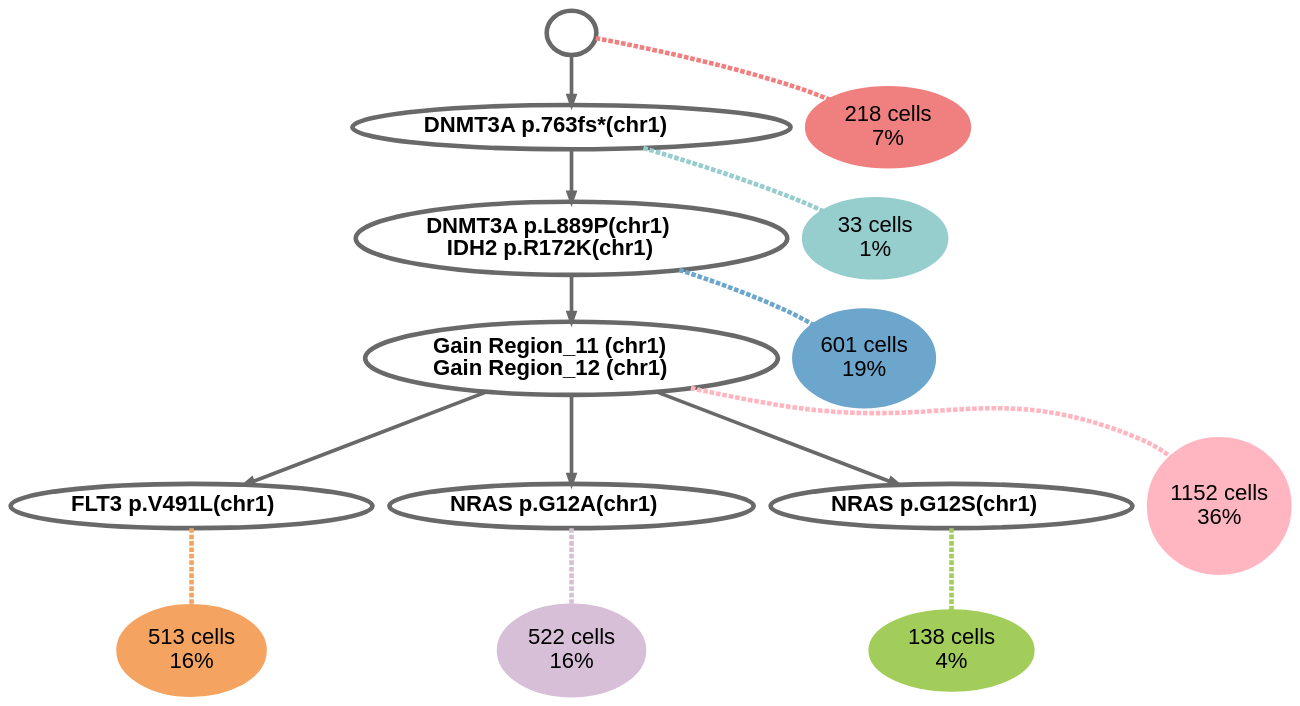
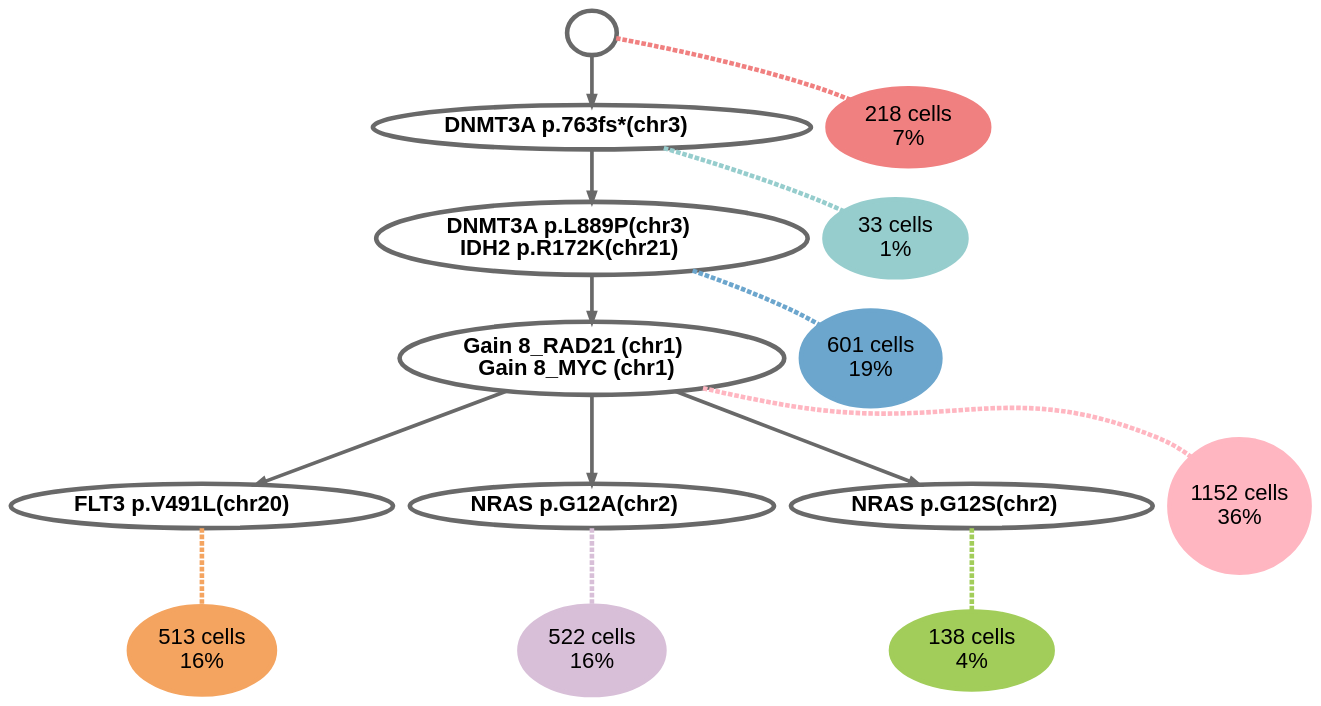
The diagram in results/compass_output/AML-83-002/AML-83-002_c18_l600_tree.gv (pawlakG/ScIGMA), drawn with Graphviz before and after one commit. The commit also changed 144 other files, not shown here.

Commit message:
Fix chromosome label. Still bug on loss and gain chromosome anotation

```diff
--- a/results/compass_output/AML-83-002/AML-83-002_c18_l600_tree.gv
+++ b/results/compass_output/AML-83-002/AML-83-002_c18_l600_tree.gv
@@ -1,30 +1,30 @@
 digraph G{
 node [color=dimgray fontsize=24 fontcolor=black fontname=Helvetica penwidth=5];
 3 -> 1 [color=dimgray penwidth=4 weight=2];
 6 -> 2 [color=dimgray penwidth=4 weight=2];
 0 -> 3 [color=dimgray penwidth=4 weight=2];
 6 -> 4 [color=dimgray penwidth=4 weight=2];
 6 -> 5 [color=dimgray penwidth=4 weight=2];
 1 -> 6 [color=dimgray penwidth=4 weight=2];
 0[label=< >];
-1[label=<<B>DNMT3A p.L889P(chr1)</B><br/><B>IDH2 p.R172K(chr1)</B><br/>>];
-2[label=<<B>FLT3 p.V491L(chr1)</B><br/>>];
-3[label=<<B>DNMT3A p.763fs*(chr1)</B><br/>>];
-4[label=<<B>NRAS p.G12A(chr1)</B><br/>>];
-5[label=<<B>NRAS p.G12S(chr1)</B><br/>>];
-6[label=<<B>Gain Region_11 (chr1)</B><br/><B>Gain Region_12 (chr1)</B><br/>>];
+1[label=<<B>DNMT3A p.L889P(chr3)</B><br/><B>IDH2 p.R172K(chr21)</B><br/>>];
+2[label=<<B>FLT3 p.V491L(chr20)</B><br/>>];
+3[label=<<B>DNMT3A p.763fs*(chr3)</B><br/>>];
+4[label=<<B>NRAS p.G12A(chr2)</B><br/>>];
+5[label=<<B>NRAS p.G12S(chr2)</B><br/>>];
+6[label=<<B>Gain 8_RAD21 (chr1)</B><br/><B>Gain 8_MYC (chr1)</B><br/>>];
 0 -> 7 [dir=none style=dashed weight=1 penwidth=5 color=lightcoral];
 1 -> 8 [dir=none style=dashed weight=1 penwidth=5 color=skyblue3];
 2 -> 9 [dir=none style=dashed weight=1 penwidth=5 color=sandybrown];
 3 -> 10 [dir=none style=dashed weight=1 penwidth=5 color=paleturquoise3];
 4 -> 11 [dir=none style=dashed weight=1 penwidth=5 color=thistle];
 5 -> 12 [dir=none style=dashed weight=1 penwidth=5 color=darkolivegreen3];
 6 -> 13 [dir=none style=dashed weight=1 penwidth=5 color=lightpink];
 7[label="218 cells\n7\%" style = filled width=0.873169 height=0.873169 color=lightcoral];
 8[label="601 cells\n19\%" style = filled width=1.4498 height=1.4498 color=skyblue3];
 9[label="513 cells\n16\%" style = filled width=1.33946 height=1.33946 color=sandybrown];
 10[label="33 cells\n1\%" style = filled width=0.339725 height=0.339725 color=paleturquoise3];
 11[label="522 cells\n16\%" style = filled width=1.35116 height=1.35116 color=thistle];
 12[label="138 cells\n4\%" style = filled width=0.69472 height=0.69472 color=darkolivegreen3];
 13[label="1152 cells\n36\%" style = filled width=2.00723 height=2.00723 color=lightpink];
 }
```
